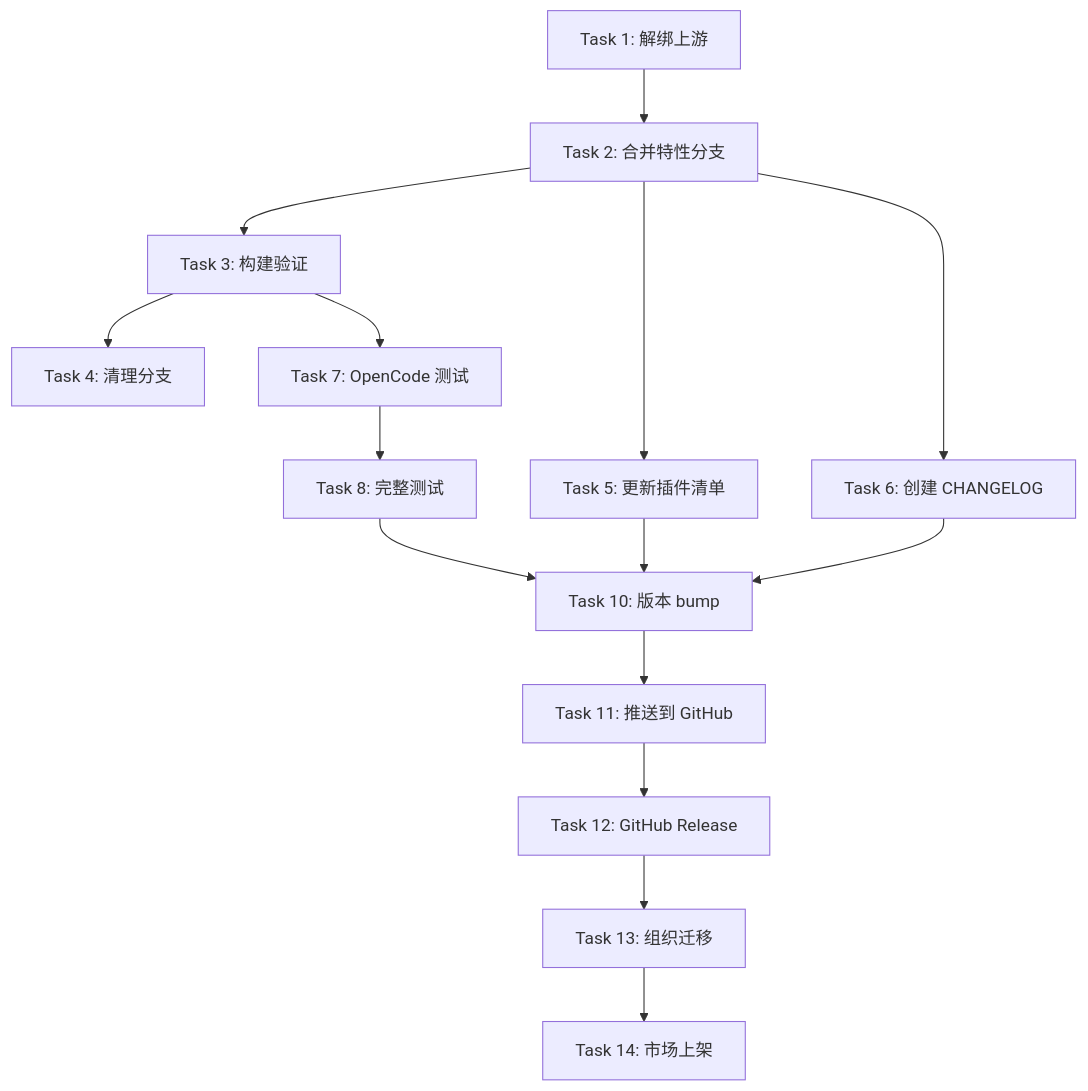
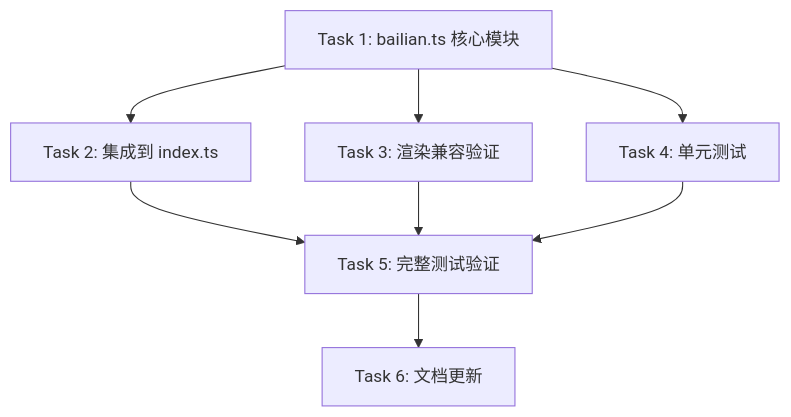
The diagram in tasks/plan.md (wyouwd1/cc-hud), drawn with Mermaid before and after one commit. The commit also changed other lines of this file and 2 other files, not shown here.

````diff
--- a/tasks/plan.md
+++ b/tasks/plan.md
@@ -360,17 +283,10 @@
 ```mermaid
 graph TD
-    T1[Task 1: 解绑上游] --> T2[Task 2: 合并特性分支]
-    T2 --> T3[Task 3: 构建验证]
-    T3 --> T4[Task 4: 清理分支]
-    T2 --> T5[Task 5: 更新插件清单]
-    T2 --> T6[Task 6: 创建 CHANGELOG]
-    T3 --> T7[Task 7: OpenCode 测试]
-    T7 --> T8[Task 8: 完整测试]
-    T5 --> T10[Task 10: 版本 bump]
-    T6 --> T10
-    T8 --> T10
-    T10 --> T11[Task 11: 推送到 GitHub]
-    T11 --> T12[Task 12: GitHub Release]
-    T12 --> T13[Task 13: 组织迁移]
-    T13 --> T14[Task 14: 市场上架]
+    T1[Task 1: bailian.ts 核心模块] --> T2[Task 2: 集成到 index.ts]
+    T1 --> T3[Task 3: 渲染兼容验证]
+    T1 --> T4[Task 4: 单元测试]
+    T2 --> T5[Task 5: 完整测试验证]
+    T3 --> T5
+    T4 --> T5
+    T5 --> T6[Task 6: 文档更新]
 ```
````
